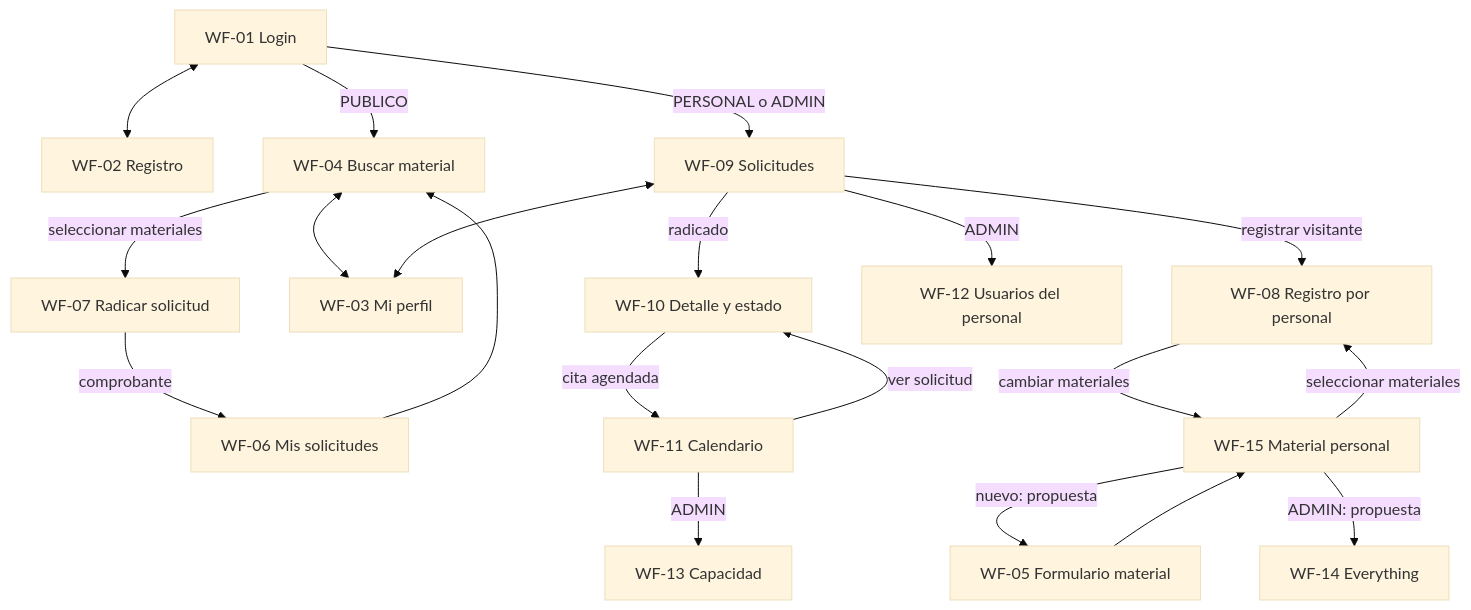
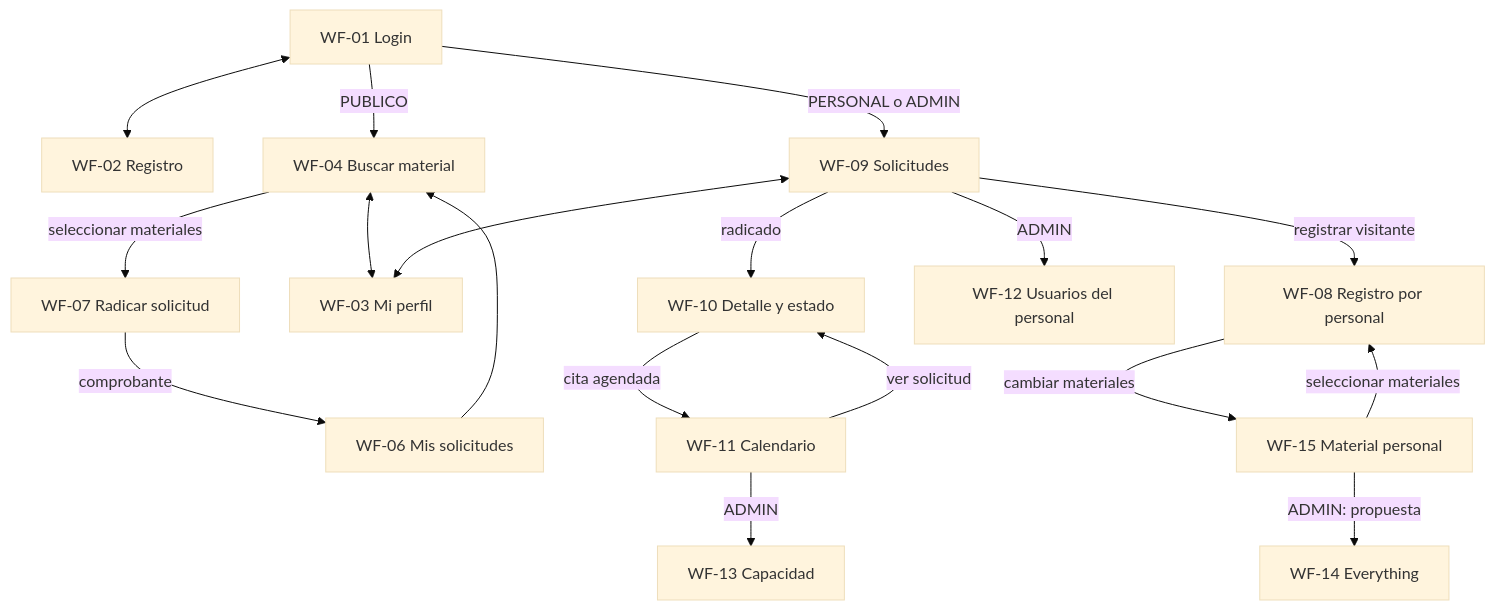
Before and after one commit to bryanmg20/Trackhive: the diagram in docs/pantallas.md, drawn with Mermaid (base theme). The commit also changed other lines of this file and 3 other files, not shown here.

````diff
--- a/docs/pantallas.md
+++ b/docs/pantallas.md
@@ -119,22 +119,20 @@
 ```mermaid
 flowchart TD
   Login[WF-01 Login] <--> Registro[WF-02 Registro]
   Login -->|PUBLICO| Busqueda[WF-04 Buscar material]
   Login -->|PERSONAL o ADMIN| Bandeja[WF-09 Solicitudes]
   Busqueda -->|seleccionar materiales| Radicar[WF-07 Radicar solicitud]
   Radicar -->|comprobante| Mis[WF-06 Mis solicitudes]
   Mis --> Busqueda
   Busqueda <--> Perfil[WF-03 Mi perfil]
   Bandeja <--> Perfil
   Bandeja -->|radicado| Detalle[WF-10 Detalle y estado]
   Detalle -->|cita agendada| Calendario[WF-11 Calendario]
   Calendario -->|ver solicitud| Detalle
   Bandeja -->|registrar visitante| Mostrador[WF-08 Registro por personal]
   Material[WF-15 Material personal] -->|seleccionar materiales| Mostrador
   Mostrador -->|cambiar materiales| Material
-  Material -->|nuevo: propuesta| Alta[WF-05 Formulario material]
-  Alta --> Material
   Bandeja -->|ADMIN| Usuarios[WF-12 Usuarios del personal]
   Calendario -->|ADMIN| Sala[WF-13 Capacidad]
   Material -->|ADMIN: propuesta| Everything[WF-14 Everything]
 ```
````
